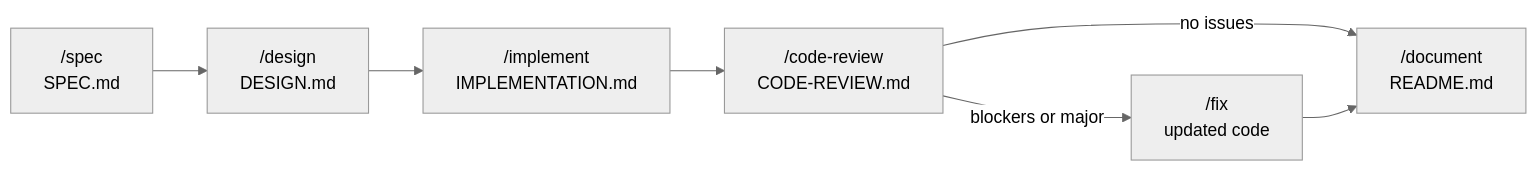
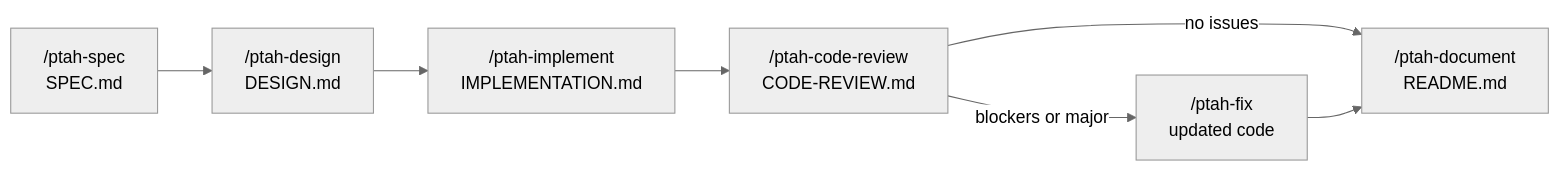
The diagram in README.md (angelsebamc/ptah-workflow-claude), drawn with Mermaid (neutral theme) before and after one commit. The commit also changed other lines of this file and 31 other files, not shown here.

````diff
--- a/README.md
+++ b/README.md
@@ -75,9 +71,9 @@
 ```mermaid
 flowchart LR
-    Spec["/spec<br/>SPEC.md"] --> Design["/design<br/>DESIGN.md"]
-    Design --> Implement["/implement<br/>IMPLEMENTATION.md"]
-    Implement --> Review["/code-review<br/>CODE-REVIEW.md"]
-    Review -->|blockers or major| Fix["/fix<br/>updated code"]
-    Review -->|no issues| Document["/document<br/>README.md"]
+    Spec["/ptah-spec<br/>SPEC.md"] --> Design["/ptah-design<br/>DESIGN.md"]
+    Design --> Implement["/ptah-implement<br/>IMPLEMENTATION.md"]
+    Implement --> Review["/ptah-code-review<br/>CODE-REVIEW.md"]
+    Review -->|blockers or major| Fix["/ptah-fix<br/>updated code"]
+    Review -->|no issues| Document["/ptah-document<br/>README.md"]
     Fix --> Document
 ```
````
